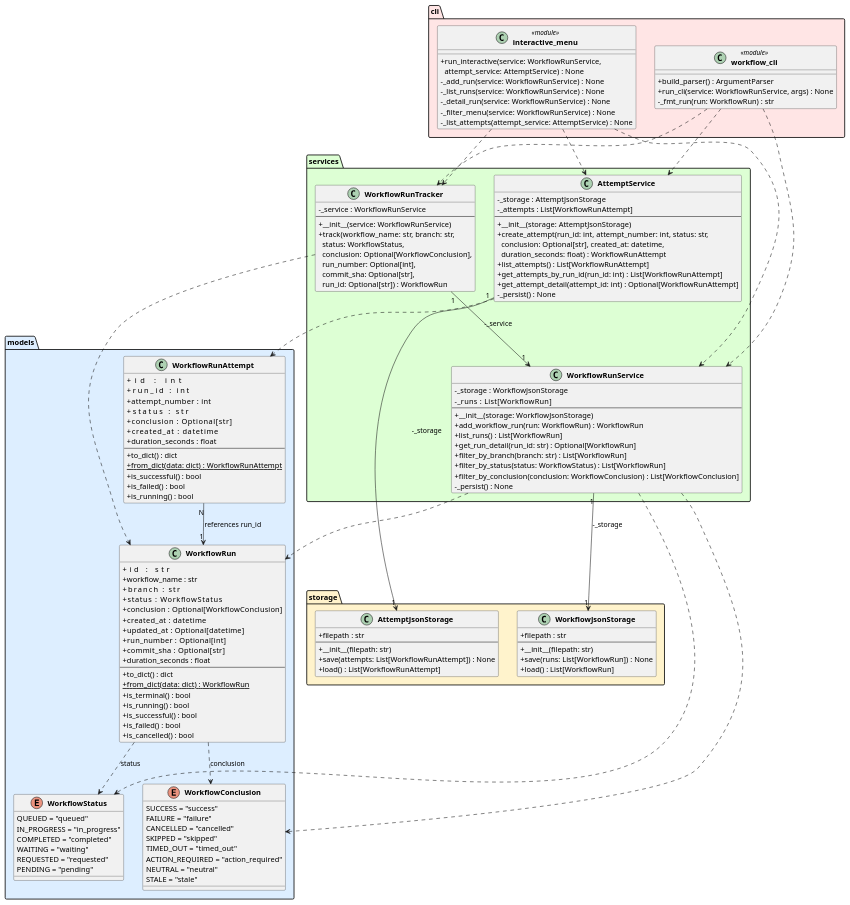
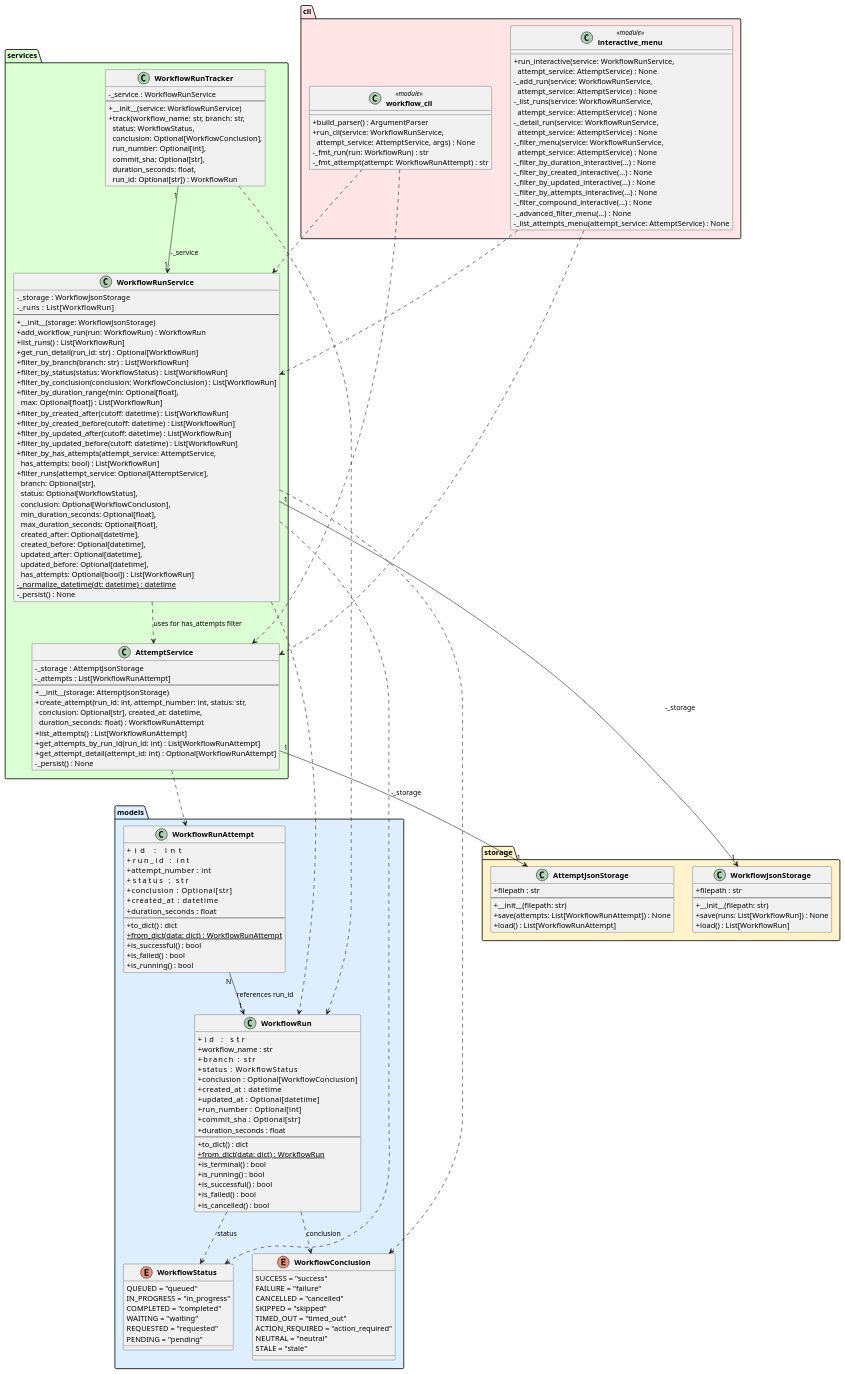
One commit to DanielRiha8906/Software_autoevolution_using_agents changed the diagram in experiments/supervisor_as_tools/structured_text/github-workflow-manager/artifacts/class_diagram.puml. Above: the diagram before and after it, drawn with PlantUML. The commit also changed 11 other files, not shown here.

```diff
--- a/experiments/supervisor_as_tools/structured_text/github-workflow-manager/artifacts/class_diagram.puml
+++ b/experiments/supervisor_as_tools/structured_text/github-workflow-manager/artifacts/class_diagram.puml
@@ -1,153 +1,167 @@
 @startuml class_diagram
 
 skinparam classAttributeIconSize 0
 skinparam classFontStyle bold
 
 package "models" #DDEEFF {
     enum WorkflowStatus {
         QUEUED = "queued"
         IN_PROGRESS = "in_progress"
         COMPLETED = "completed"
         WAITING = "waiting"
         REQUESTED = "requested"
         PENDING = "pending"
     }
 
     enum WorkflowConclusion {
         SUCCESS = "success"
         FAILURE = "failure"
         CANCELLED = "cancelled"
         SKIPPED = "skipped"
         TIMED_OUT = "timed_out"
         ACTION_REQUIRED = "action_required"
         NEUTRAL = "neutral"
         STALE = "stale"
     }
 
     class WorkflowRun {
         +id            : str
         +workflow_name : str
         +branch        : str
         +status        : WorkflowStatus
         +conclusion    : Optional[WorkflowConclusion]
         +created_at    : datetime
         +updated_at    : Optional[datetime]
         +run_number    : Optional[int]
         +commit_sha    : Optional[str]
         +duration_seconds : float
         --
         +to_dict() : dict
         +{static} from_dict(data: dict) : WorkflowRun
         +is_terminal() : bool
         +is_running() : bool
         +is_successful() : bool
         +is_failed() : bool
         +is_cancelled() : bool
     }
 
     class WorkflowRunAttempt {
         +id                : int
         +run_id            : int
         +attempt_number    : int
         +status            : str
         +conclusion        : Optional[str]
         +created_at        : datetime
         +duration_seconds  : float
         --
         +to_dict() : dict
         +{static} from_dict(data: dict) : WorkflowRunAttempt
         +is_successful() : bool
         +is_failed() : bool
         +is_running() : bool
     }
 }
 
 package "storage" #FFF3CC {
     class WorkflowJsonStorage {
         +filepath : str
         --
         +__init__(filepath: str)
         +save(runs: List[WorkflowRun]) : None
         +load() : List[WorkflowRun]
     }
 
     class AttemptJsonStorage {
         +filepath : str
         --
         +__init__(filepath: str)
         +save(attempts: List[WorkflowRunAttempt]) : None
         +load() : List[WorkflowRunAttempt]
     }
 }
 
 package "services" #DDFFD4 {
     class WorkflowRunService {
         -_storage : WorkflowJsonStorage
         -_runs    : List[WorkflowRun]
         --
         +__init__(storage: WorkflowJsonStorage)
         +add_workflow_run(run: WorkflowRun) : WorkflowRun
         +list_runs() : List[WorkflowRun]
         +get_run_detail(run_id: str) : Optional[WorkflowRun]
         +filter_by_branch(branch: str) : List[WorkflowRun]
         +filter_by_status(status: WorkflowStatus) : List[WorkflowRun]
-        +filter_by_conclusion(conclusion: WorkflowConclusion) : List[WorkflowConclusion]
+        +filter_by_conclusion(conclusion: WorkflowConclusion) : List[WorkflowRun]
+        +filter_by_duration_range(min: Optional[float],\n  max: Optional[float]) : List[WorkflowRun]
+        +filter_by_created_after(cutoff: datetime) : List[WorkflowRun]
+        +filter_by_created_before(cutoff: datetime) : List[WorkflowRun]
+        +filter_by_updated_after(cutoff: datetime) : List[WorkflowRun]
+        +filter_by_updated_before(cutoff: datetime) : List[WorkflowRun]
+        +filter_by_has_attempts(attempt_service: AttemptService,\n  has_attempts: bool) : List[WorkflowRun]
+        +filter_runs(attempt_service: Optional[AttemptService],\n  branch: Optional[str],\n  status: Optional[WorkflowStatus],\n  conclusion: Optional[WorkflowConclusion],\n  min_duration_seconds: Optional[float],\n  max_duration_seconds: Optional[float],\n  created_after: Optional[datetime],\n  created_before: Optional[datetime],\n  updated_after: Optional[datetime],\n  updated_before: Optional[datetime],\n  has_attempts: Optional[bool]) : List[WorkflowRun]
+        -{static} _normalize_datetime(dt: datetime) : datetime
         -_persist() : None
     }
 
     class WorkflowRunTracker {
         -_service : WorkflowRunService
         --
         +__init__(service: WorkflowRunService)
-        +track(workflow_name: str, branch: str,\n  status: WorkflowStatus,\n  conclusion: Optional[WorkflowConclusion],\n  run_number: Optional[int],\n  commit_sha: Optional[str],\n  run_id: Optional[str]) : WorkflowRun
+        +track(workflow_name: str, branch: str,\n  status: WorkflowStatus,\n  conclusion: Optional[WorkflowConclusion],\n  run_number: Optional[int],\n  commit_sha: Optional[str],\n  duration_seconds: float,\n  run_id: Optional[str]) : WorkflowRun
     }
 
     class AttemptService {
         -_storage : AttemptJsonStorage
         -_attempts : List[WorkflowRunAttempt]
         --
         +__init__(storage: AttemptJsonStorage)
         +create_attempt(run_id: int, attempt_number: int, status: str,\n  conclusion: Optional[str], created_at: datetime,\n  duration_seconds: float) : WorkflowRunAttempt
         +list_attempts() : List[WorkflowRunAttempt]
         +get_attempts_by_run_id(run_id: int) : List[WorkflowRunAttempt]
         +get_attempt_detail(attempt_id: int) : Optional[WorkflowRunAttempt]
         -_persist() : None
     }
 }
 
 package "cli" #FFE5E5 {
     class "workflow_cli" <<module>> {
         +build_parser() : ArgumentParser
-        +run_cli(service: WorkflowRunService, args) : None
+        +run_cli(service: WorkflowRunService,\n  attempt_service: AttemptService, args) : None
         -_fmt_run(run: WorkflowRun) : str
+        -_fmt_attempt(attempt: WorkflowRunAttempt) : str
     }
 
     class "interactive_menu" <<module>> {
         +run_interactive(service: WorkflowRunService,\n  attempt_service: AttemptService) : None
-        -_add_run(service: WorkflowRunService) : None
-        -_list_runs(service: WorkflowRunService) : None
-        -_detail_run(service: WorkflowRunService) : None
-        -_filter_menu(service: WorkflowRunService) : None
-        -_list_attempts(attempt_service: AttemptService) : None
+        -_add_run(service: WorkflowRunService,\n  attempt_service: AttemptService) : None
+        -_list_runs(service: WorkflowRunService,\n  attempt_service: AttemptService) : None
+        -_detail_run(service: WorkflowRunService,\n  attempt_service: AttemptService) : None
+        -_filter_menu(service: WorkflowRunService,\n  attempt_service: AttemptService) : None
+        -_filter_by_duration_interactive(...) : None
+        -_filter_by_created_interactive(...) : None
+        -_filter_by_updated_interactive(...) : None
+        -_filter_by_attempts_interactive(...) : None
+        -_filter_compound_interactive(...) : None
+        -_advanced_filter_menu(...) : None
+        -_list_attempts_menu(attempt_service: AttemptService) : None
     }
 }
 
 WorkflowRun                ..>  WorkflowStatus        : status
 WorkflowRun                ..>  WorkflowConclusion    : conclusion
 WorkflowRunAttempt    "N" --> "1" WorkflowRun           : references run_id
 WorkflowRunService    "1" --> "1" WorkflowJsonStorage : -_storage
 WorkflowRunService         ..>  WorkflowRun
 WorkflowRunService         ..>  WorkflowStatus
 WorkflowRunService         ..>  WorkflowConclusion
+WorkflowRunService         ..>  AttemptService        : uses for has_attempts filter
 WorkflowRunTracker    "1" --> "1" WorkflowRunService  : -_service
 WorkflowRunTracker         ..>  WorkflowRun
 AttemptService       "1" --> "1" AttemptJsonStorage  : -_storage
 AttemptService            ..>  WorkflowRunAttempt
 "workflow_cli"             ..>  WorkflowRunService
-"workflow_cli"             ..>  WorkflowRunTracker
 "workflow_cli"             ..>  AttemptService
 "interactive_menu"         ..>  WorkflowRunService
-"interactive_menu"         ..>  WorkflowRunTracker
 "interactive_menu"         ..>  AttemptService
 
 @enduml
```
